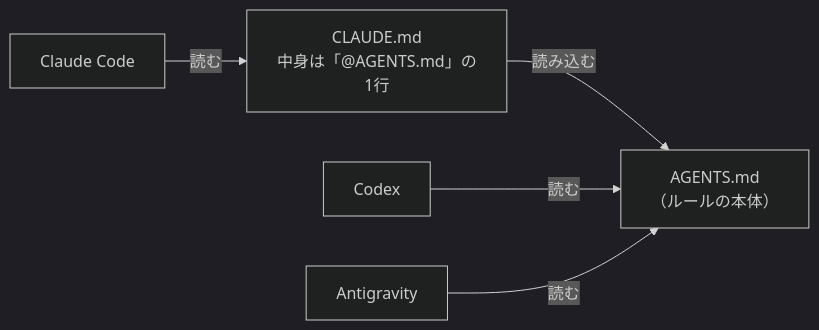
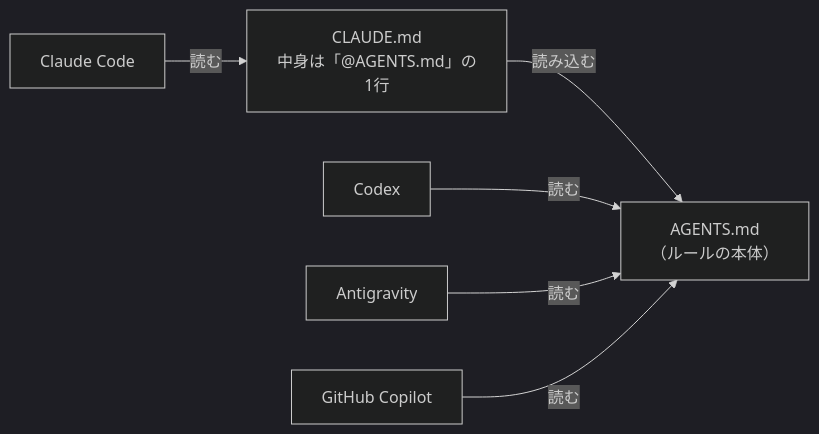
Before and after one commit to fujitamasayoshi0402/ai-dev-setup: the third of 6 diagrams in docs/03-tools.md, drawn with Mermaid (dark theme). The commit also changed other lines of this file and 6 other files, not shown here.

First line of the commit message:
docs: GitHub Copilot を選択肢に追加

````diff
--- a/docs/03-tools.md
+++ b/docs/03-tools.md
@@ -117,9 +122,10 @@
 ```mermaid
 flowchart LR
     rules["AGENTS.md<br>（ルールの本体）"]
     claudemd["CLAUDE.md<br>中身は「@AGENTS.md」の1行"]
     claudemd -- "読み込む" --> rules
     cc["Claude Code"] -- "読む" --> claudemd
     codex["Codex"] -- "読む" --> rules
     ag["Antigravity"] -- "読む" --> rules
+    cop["GitHub Copilot"] -- "読む" --> rules
 ```
````
